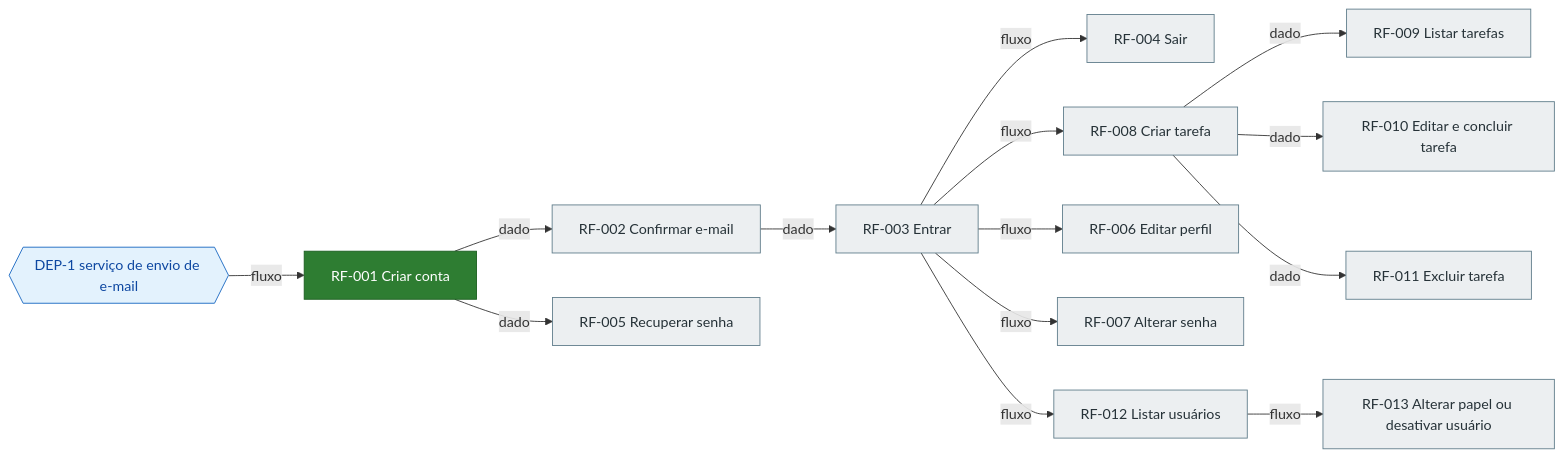
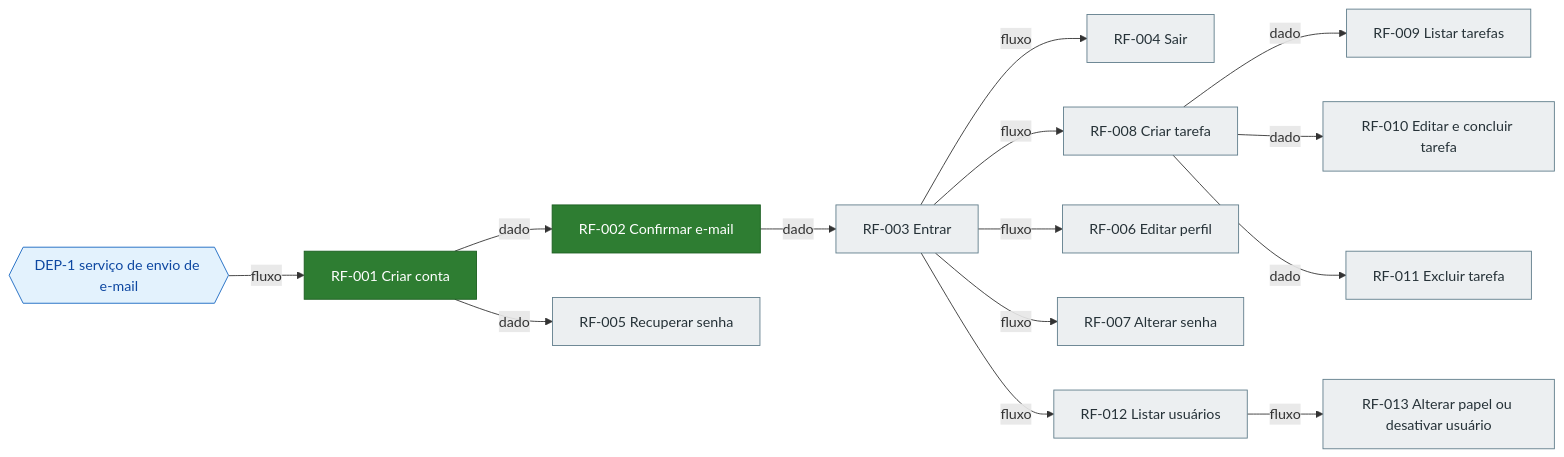
Before and after one commit to maiconsouza89/ai-template-harness-nestj-react-monorepo: the diagram in docs/product/roadmap.md, drawn with Mermaid. The commit also changed other lines of this file and 34 other files, not shown here.

First line of the commit message:
feat(accounts): permite confirmar o e-mail pelo link de uso único (#16)

````diff
--- a/docs/product/roadmap.md
+++ b/docs/product/roadmap.md
@@ -18,35 +18,35 @@
 ```mermaid
 graph LR
   DEP1{{"DEP-1 serviço de envio de e-mail"}}:::externa
   RF001["RF-001 Criar conta"]:::feito
-  RF002["RF-002 Confirmar e-mail"]:::pendente
+  RF002["RF-002 Confirmar e-mail"]:::feito
   RF005["RF-005 Recuperar senha"]:::pendente
   RF003["RF-003 Entrar"]:::pendente
   RF004["RF-004 Sair"]:::pendente
   RF008["RF-008 Criar tarefa"]:::pendente
   RF006["RF-006 Editar perfil"]:::pendente
   RF007["RF-007 Alterar senha"]:::pendente
   RF012["RF-012 Listar usuários"]:::pendente
   RF009["RF-009 Listar tarefas"]:::pendente
   RF010["RF-010 Editar e concluir tarefa"]:::pendente
   RF011["RF-011 Excluir tarefa"]:::pendente
   RF013["RF-013 Alterar papel ou desativar usuário"]:::pendente
   DEP1 -->|fluxo| RF001
   RF001 -->|dado| RF002
   RF002 -->|dado| RF003
   RF003 -->|fluxo| RF004
   RF001 -->|dado| RF005
   RF003 -->|fluxo| RF006
   RF003 -->|fluxo| RF007
   RF003 -->|fluxo| RF008
   RF008 -->|dado| RF009
   RF008 -->|dado| RF010
   RF008 -->|dado| RF011
   RF003 -->|fluxo| RF012
   RF012 -->|fluxo| RF013
   classDef pendente fill:#eceff1,stroke:#607d8b,color:#263238
   classDef andamento fill:#fff3c4,stroke:#f9a825,color:#3e2723
   classDef feito fill:#2e7d32,stroke:#1b5e20,color:#ffffff
   classDef bloqueado fill:#c62828,stroke:#8e0000,color:#ffffff
   classDef externa fill:#e3f2fd,stroke:#1565c0,color:#0d47a1
 ```
````
